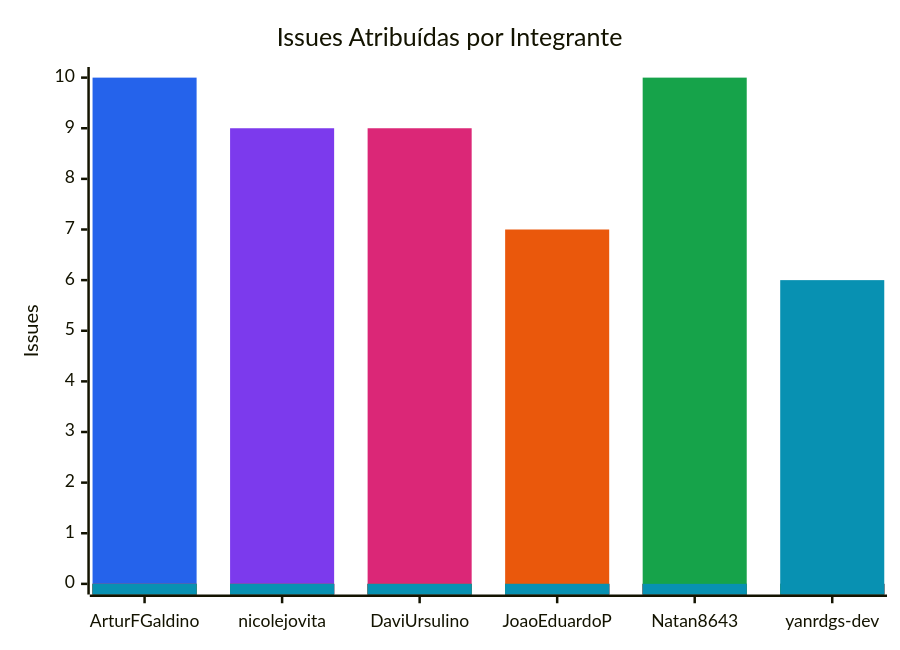
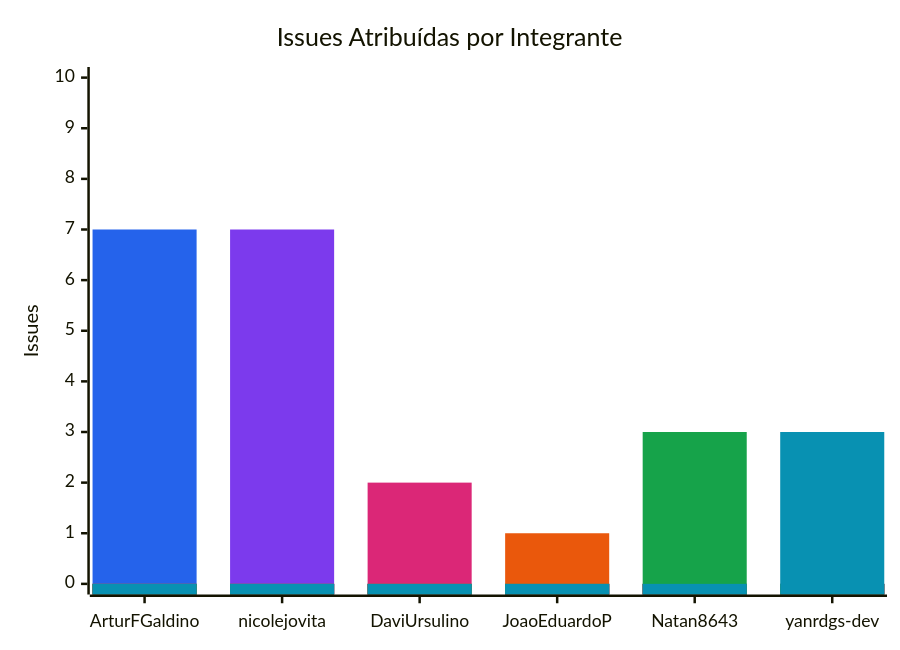
Before and after one commit to FCTE-Qualidade-de-Software-1/2026-2_T02_KAY_MCNULTY: the diagram in snippets/assigned-issues.mmd, drawn with Mermaid. The commit also changed 10 other files, not shown here.

```diff
--- a/snippets/assigned-issues.mmd
+++ b/snippets/assigned-issues.mmd
@@ -1,11 +1,11 @@
 %%{init: {"themeVariables": {"xyChart": {"plotColorPalette": "#2563eb, #7c3aed, #db2777, #ea580c, #16a34a, #0891b2"}}}}%%
 xychart-beta
     title "Issues Atribuídas por Integrante"
     x-axis ["ArturFGaldino", "nicolejovita", "DaviUrsulino", "JoaoEduardoP", "Natan8643", "yanrdgs-dev"]
     y-axis "Issues" 0 --> 10
-    bar [10, 0, 0, 0, 0, 0]
-    bar [0, 9, 0, 0, 0, 0]
-    bar [0, 0, 9, 0, 0, 0]
-    bar [0, 0, 0, 7, 0, 0]
-    bar [0, 0, 0, 0, 10, 0]
-    bar [0, 0, 0, 0, 0, 6]
+    bar [7, 0, 0, 0, 0, 0]
+    bar [0, 7, 0, 0, 0, 0]
+    bar [0, 0, 2, 0, 0, 0]
+    bar [0, 0, 0, 1, 0, 0]
+    bar [0, 0, 0, 0, 3, 0]
+    bar [0, 0, 0, 0, 0, 3]
```
